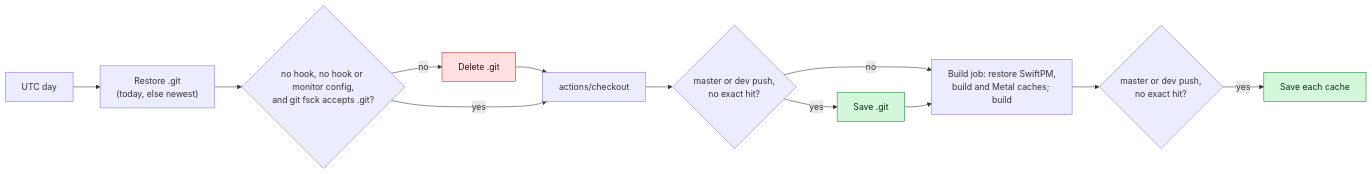
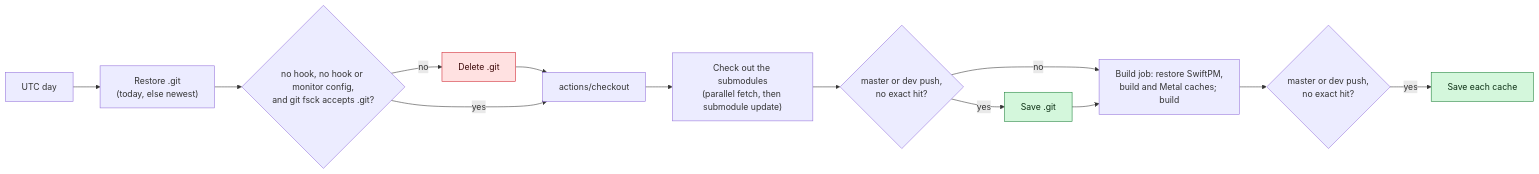
The second of 2 diagrams in docs/developer/build.md (Layr-Labs/d-inference), drawn with Mermaid before and after one commit. The commit also changed other lines of this file and 5 other files, not shown here.

First line of the commit message:
Provider CI: fetch the submodules in parallel

````diff
--- a/docs/developer/build.md
+++ b/docs/developer/build.md
@@ -1092,17 +1103,18 @@
 ```mermaid
 flowchart LR
   W[UTC day] --> R["Restore .git<br/>(today, else newest)"]
   R --> V{"no hook, no hook or monitor config,<br/>and git fsck accepts .git?"}
   V -- no --> D[Delete .git] --> K
   V -- yes --> K[actions/checkout]
-  K --> G{"master or dev push,<br/>no exact hit?"}
+  K --> U["Check out the submodules<br/>(parallel fetch, then submodule update)"]
+  U --> G{"master or dev push,<br/>no exact hit?"}
   G -- yes --> S[Save .git]
   G -- no --> B
   S --> B["Build job: restore SwiftPM,<br/>build and Metal caches; build"]
   B --> M{"master or dev push,<br/>no exact hit?"}
   M -- yes --> T[Save each cache]
   classDef save fill:#d4f7dc,stroke:#1a7f37,color:#0b2e13
   classDef fail fill:#ffe1e1,stroke:#cf222e,color:#3d0a0a
   class S,T save
   class D fail
 ```
````
